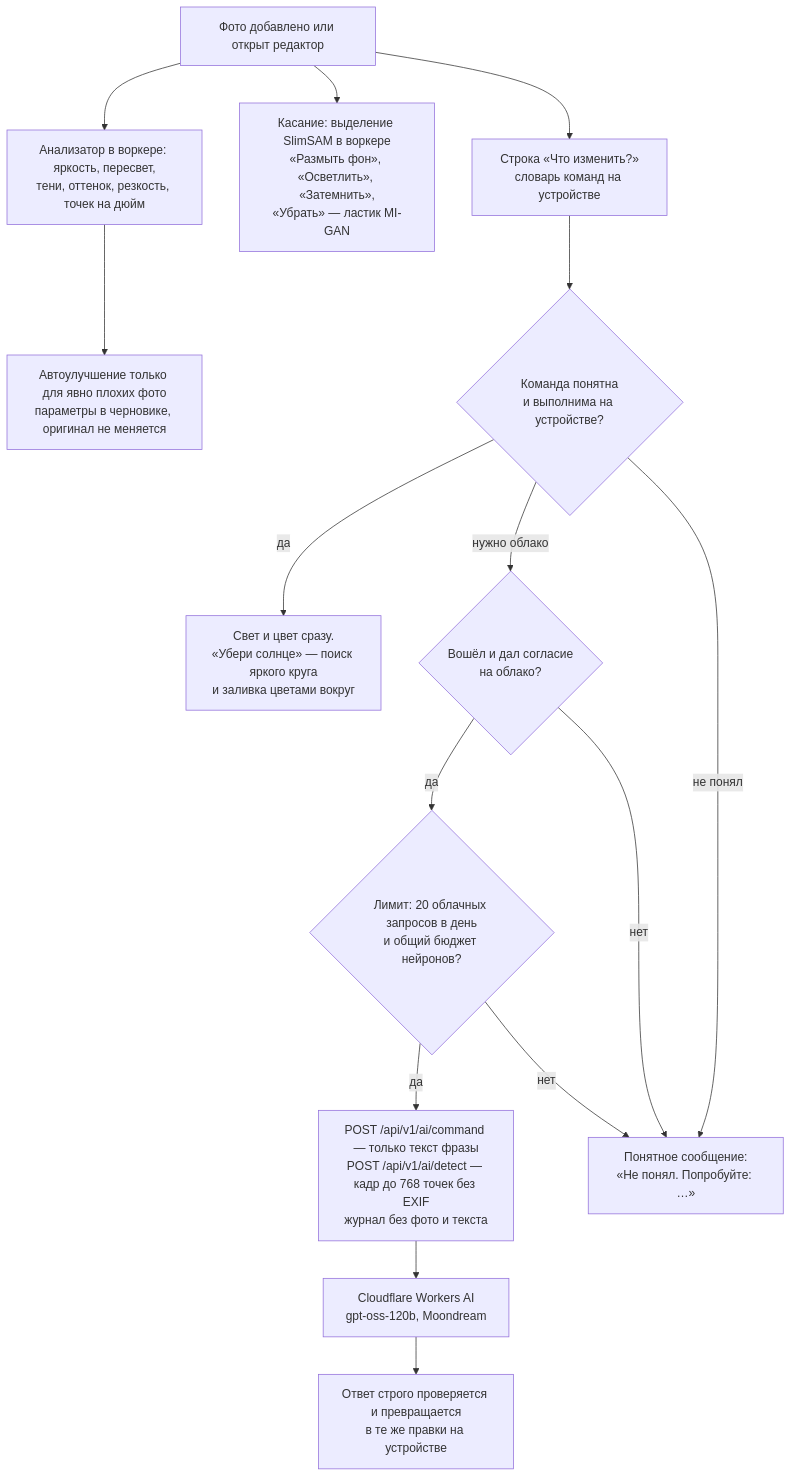
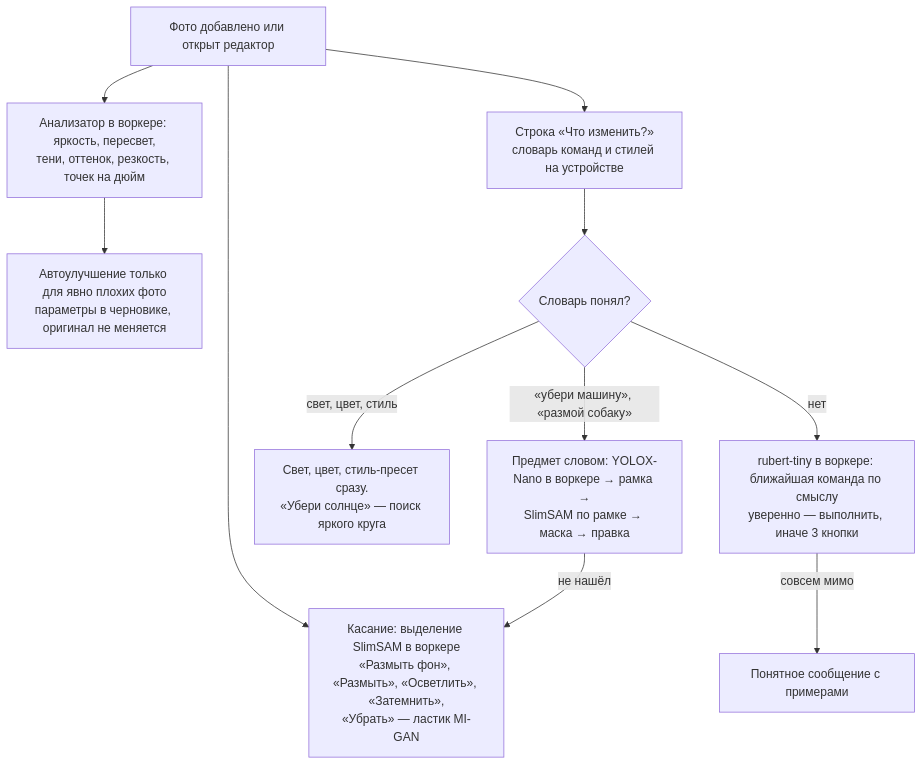
Before and after one commit to Vpragma/picpac-app: the sixth of 8 diagrams in docs/architecture.md, drawn with Mermaid. The commit also changed other lines of this file and 36 other files, not shown here.

First line of the commit message:
N3: «по смыслу» на устройстве, EXIF/GPS долой, галерея по мере загрузки, e2e приватности и авиарежима

````diff
--- a/docs/architecture.md
+++ b/docs/architecture.md
@@ -240,27 +236,22 @@
 ```mermaid
 flowchart TB
   start["Фото добавлено или открыт редактор"]
   an["Анализатор в воркере: яркость, пересвет,<br/>тени, оттенок, резкость, точек на дюйм"]
   auto["Автоулучшение только для явно плохих фото<br/>параметры в черновике, оригинал не меняется"]
-  tap["Касание: выделение SlimSAM в воркере<br/>«Размыть фон», «Осветлить», «Затемнить»,<br/>«Убрать» — ластик MI-GAN"]
-  cmd["Строка «Что изменить?»<br/>словарь команд на устройстве"]
-  ok{"Команда понятна<br/>и выполнима на устройстве?"}
-  loc["Свет и цвет сразу.<br/>«Убери солнце» — поиск яркого круга<br/>и заливка цветами вокруг"]
-  cons{"Вошёл и дал согласие<br/>на облако?"}
-  quota{"Лимит: 20 облачных запросов в день<br/>и общий бюджет нейронов?"}
-  srv["POST /api/v1/ai/command — только текст фразы<br/>POST /api/v1/ai/detect — кадр до 768 точек без EXIF<br/>журнал без фото и текста"]
-  cf["Cloudflare Workers AI<br/>gpt-oss-120b, Moondream"]
-  back["Ответ строго проверяется и превращается<br/>в те же правки на устройстве"]
-  msg["Понятное сообщение:<br/>«Не понял. Попробуйте: …»"]
+  tap["Касание: выделение SlimSAM в воркере<br/>«Размыть фон», «Размыть», «Осветлить», «Затемнить»,<br/>«Убрать» — ластик MI-GAN"]
+  cmd["Строка «Что изменить?»<br/>словарь команд и стилей на устройстве"]
+  ok{"Словарь понял?"}
+  loc["Свет, цвет, стиль-пресет сразу.<br/>«Убери солнце» — поиск яркого круга"]
+  obj["Предмет словом: YOLOX-Nano в воркере → рамка →<br/>SlimSAM по рамке → маска → правка"]
+  mean["rubert-tiny в воркере: ближайшая команда по смыслу<br/>уверенно — выполнить, иначе 3 кнопки"]
+  msg["Понятное сообщение с примерами"]
 
   start --> an --> auto
   start --> tap
   start --> cmd --> ok
-  ok -->|"да"| loc
-  ok -->|"нужно облако"| cons
-  ok -->|"не понял"| msg
-  cons -->|"нет"| msg
-  cons -->|"да"| quota
-  quota -->|"нет"| msg
-  quota -->|"да"| srv --> cf --> back
+  ok -->|"свет, цвет, стиль"| loc
+  ok -->|"«убери машину», «размой собаку»"| obj
+  ok -->|"нет"| mean
+  mean -->|"совсем мимо"| msg
+  obj -->|"не нашёл"| tap
 ```
````
